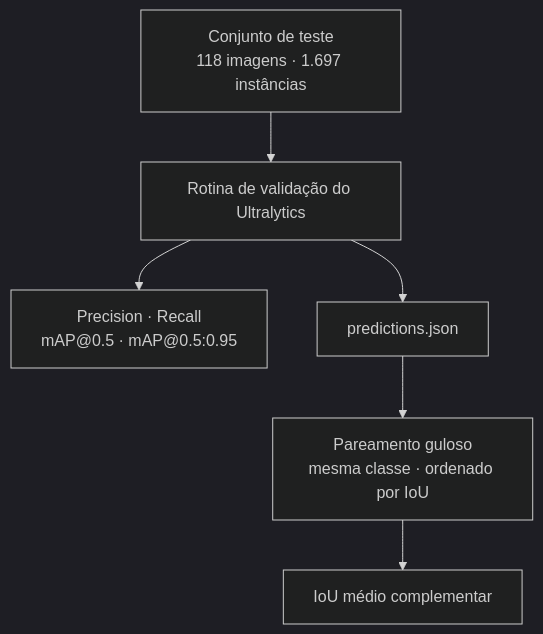
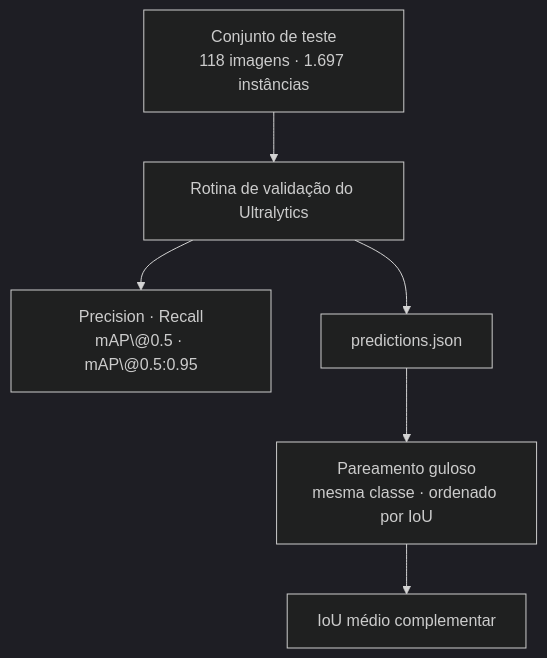
The third of 4 diagrams in README.md (el-pitchula/AeroVision), drawn with Mermaid (dark theme) before and after one commit. The commit also changed other lines of this file and 8 other files, not shown here.

````diff
--- a/README.md
+++ b/README.md
@@ -210,8 +317,15 @@
 ```mermaid
+
 flowchart TD
-    T["Conjunto de teste<br/>118 imagens · 1.697 instâncias"] --> V["Rotina de validação do Ultralytics"]
-    V --> M["Precision · Recall<br/>mAP@0.5 · mAP@0.5:0.95"]
-    V --> J["predictions.json"]
-    J --> P["Pareamento guloso<br/>mesma classe · ordenado por IoU"]
-    P --> I["IoU médio complementar"]
+
+    T["Conjunto de teste<br/>118 imagens · 1.697 instâncias"] --> V["Rotina de validação do Ultralytics"]
+
+    V --> M["Precision · Recall<br/>mAP\@0.5 · mAP\@0.5:0.95"]
+
+    V --> J["predictions.json"]
+
+    J --> P["Pareamento guloso<br/>mesma classe · ordenado por IoU"]
+
+    P --> I["IoU médio complementar"]
+
 ```
````
